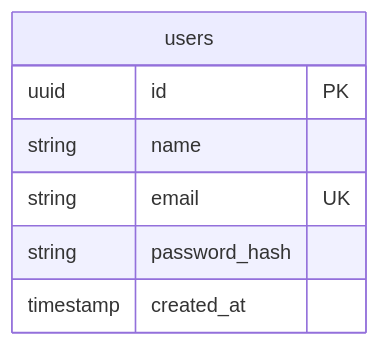
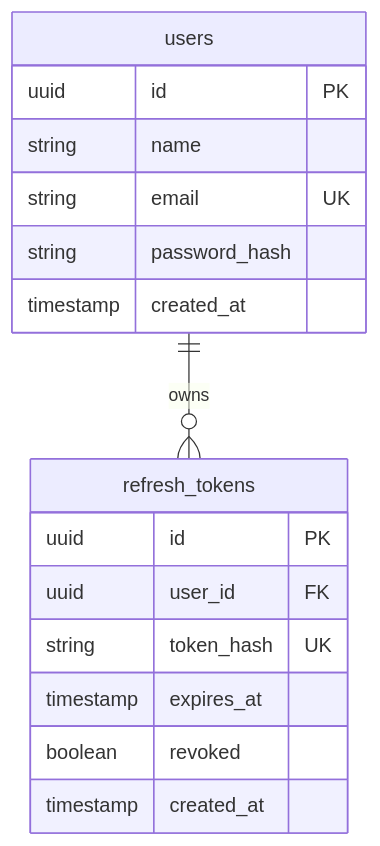
The second of 3 diagrams in docs/LLD/identity-service.md (jreigeVic/fiapx-video-processing), drawn with Mermaid before and after one commit. The commit also changed other lines of this file and 69 other files, not shown here.

First line of the commit message:
feat(identity): implement register/login/me/refresh/logout with JWT and hexagonal architecture

````diff
--- a/docs/LLD/identity-service.md
+++ b/docs/LLD/identity-service.md
@@ -176,10 +213,19 @@
 ```mermaid
 erDiagram
   users {
     uuid id PK
     string name
     string email UK
     string password_hash
     timestamp created_at
   }
+  refresh_tokens {
+    uuid id PK
+    uuid user_id FK
+    string token_hash UK
+    timestamp expires_at
+    boolean revoked
+    timestamp created_at
+  }
+  users ||--o{ refresh_tokens : owns
 ```
````
